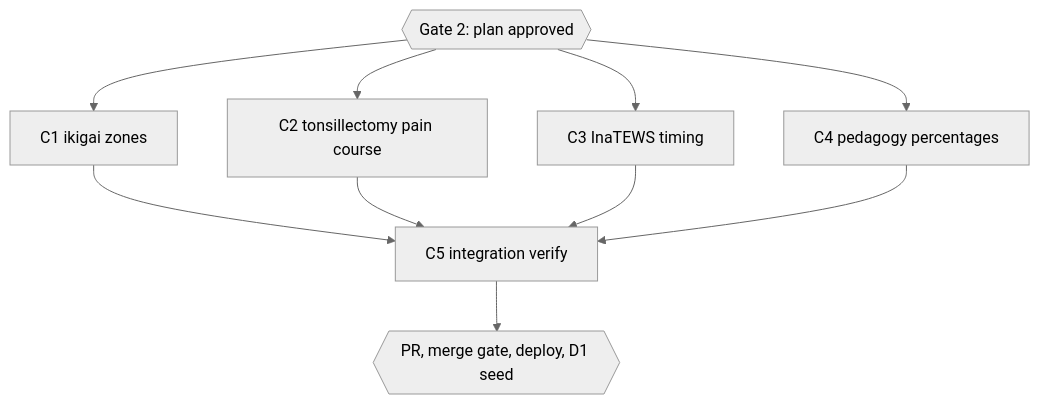
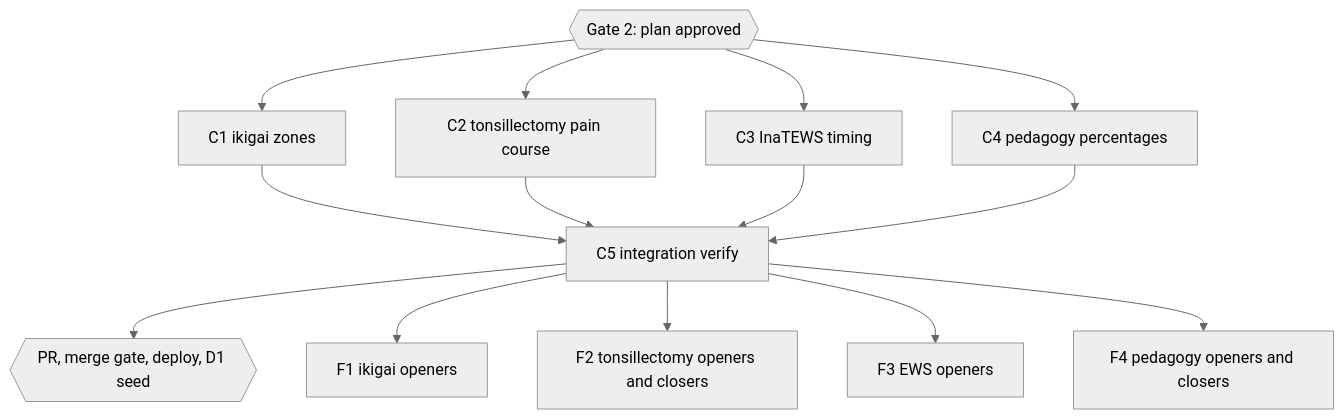
Before and after one commit to belajarcarabelajar/dawnbook: the diagram in docs/code-plan/plans/2026-10-16-dawnbook-diagram-followups.md, drawn with Mermaid (neutral theme). The commit also changed other lines of this file, not shown here.

Commit message:
docs(diagrams): follow-up tasks F1-F4 and resume state

````diff
--- a/docs/code-plan/plans/2026-10-16-dawnbook-diagram-followups.md
+++ b/docs/code-plan/plans/2026-10-16-dawnbook-diagram-followups.md
@@ -112,15 +156,19 @@
 ```mermaid
 flowchart TD
     accTitle: Task graph for the diagram follow-ups
     accDescr: After plan approval four independent chapter fixes run in parallel, one per book, and an integration check gates the pull request; the merge, deploy and D1 seed follow.
     G2{{"Gate 2: plan approved"}}
     G2 --> C1["C1 ikigai zones"]
     G2 --> C2["C2 tonsillectomy pain course"]
     G2 --> C3["C3 InaTEWS timing"]
     G2 --> C4["C4 pedagogy percentages"]
     C1 --> C5["C5 integration verify"]
     C2 --> C5
     C3 --> C5
     C4 --> C5
     C5 --> PR{{"PR, merge gate, deploy, D1 seed"}}
+    C5 --> F1["F1 ikigai openers"]
+    C5 --> F2["F2 tonsillectomy openers and closers"]
+    C5 --> F3["F3 EWS openers"]
+    C5 --> F4["F4 pedagogy openers and closers"]
 ```
````
